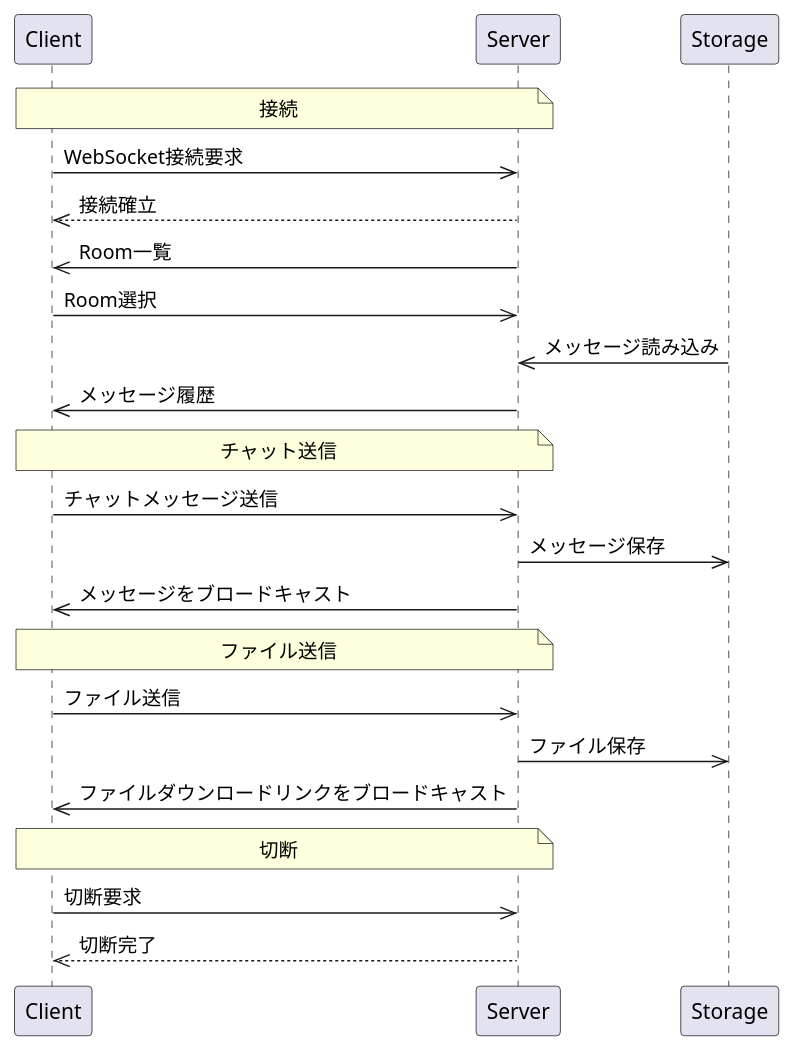
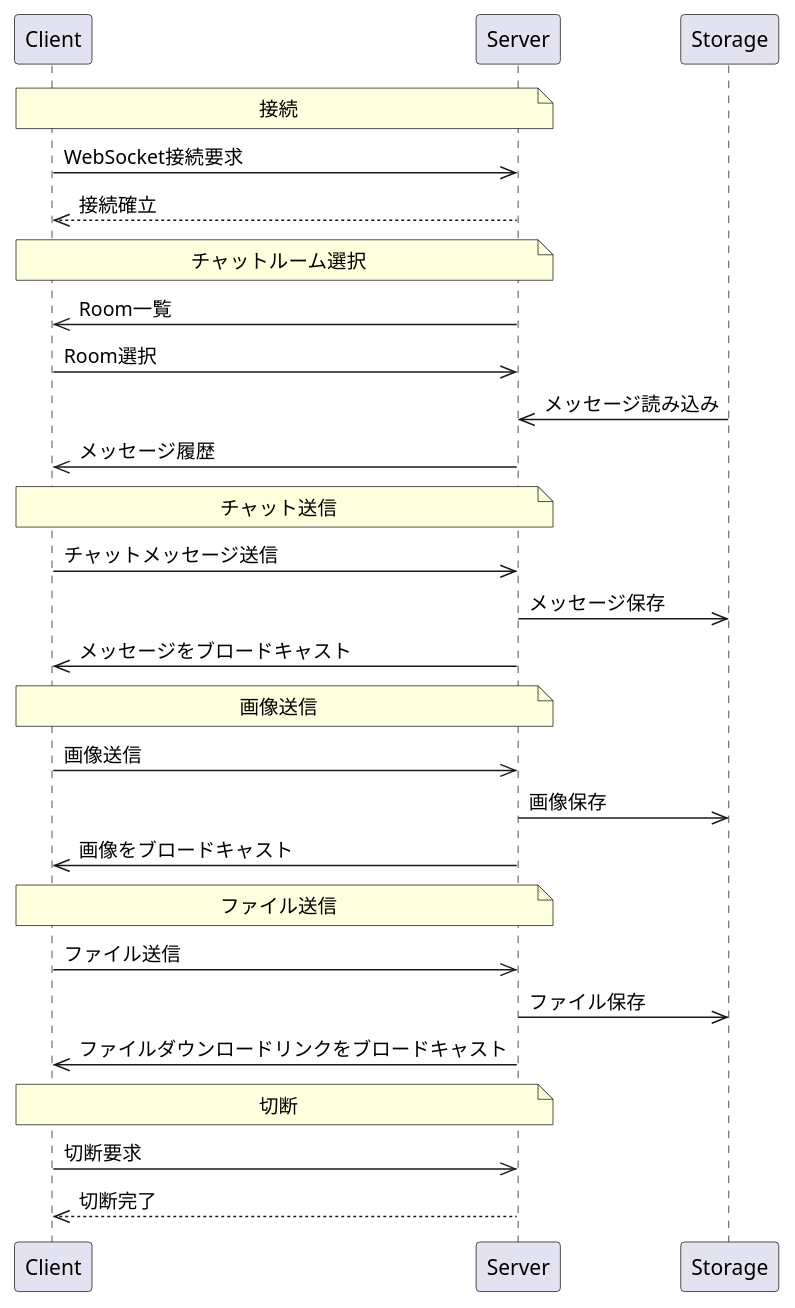
Before and after one commit to solithv/simple_chat: the diagram in docs/sequenceDiagram.pu, drawn with PlantUML. The commit also changed 2 other files, not shown here.

```diff
--- a/docs/sequenceDiagram.pu
+++ b/docs/sequenceDiagram.pu
@@ -1,33 +1,40 @@
 @startuml sequenceDiagram
     participant Client
     participant Server
     participant Storage
 
     '  WebSocket接続確立
     Note over Client,Server: 接続
     Client->>Server: WebSocket接続要求
     Server-->>Client: 接続確立
 
     '  Room選択
+    Note over Client,Server: チャットルーム選択
     Server->>Client: Room一覧
     Client->>Server: Room選択
     Storage->>Server: メッセージ読み込み
     Server->>Client: メッセージ履歴
 
     '  チャットメッセージ送信
     Note over Client,Server: チャット送信
     Client->>Server: チャットメッセージ送信
     Server->>Storage: メッセージ保存
     Server->>Client: メッセージをブロードキャスト
+
+    '  画像送信
+    Note over Client,Server: 画像送信
+    Client->>Server: 画像送信
+    Server->>Storage: 画像保存
+    Server->>Client: 画像をブロードキャスト
 
     '  ファイル送信プロセス
     Note over Client,Server: ファイル送信
     Client->>Server: ファイル送信
     Server->>Storage: ファイル保存
     Server->>Client: ファイルダウンロードリンクをブロードキャスト
 
     '  切断プロセス
     Note over Client,Server: 切断
     Client->>Server: 切断要求
     Server-->>Client: 切断完了
 @enduml
```
